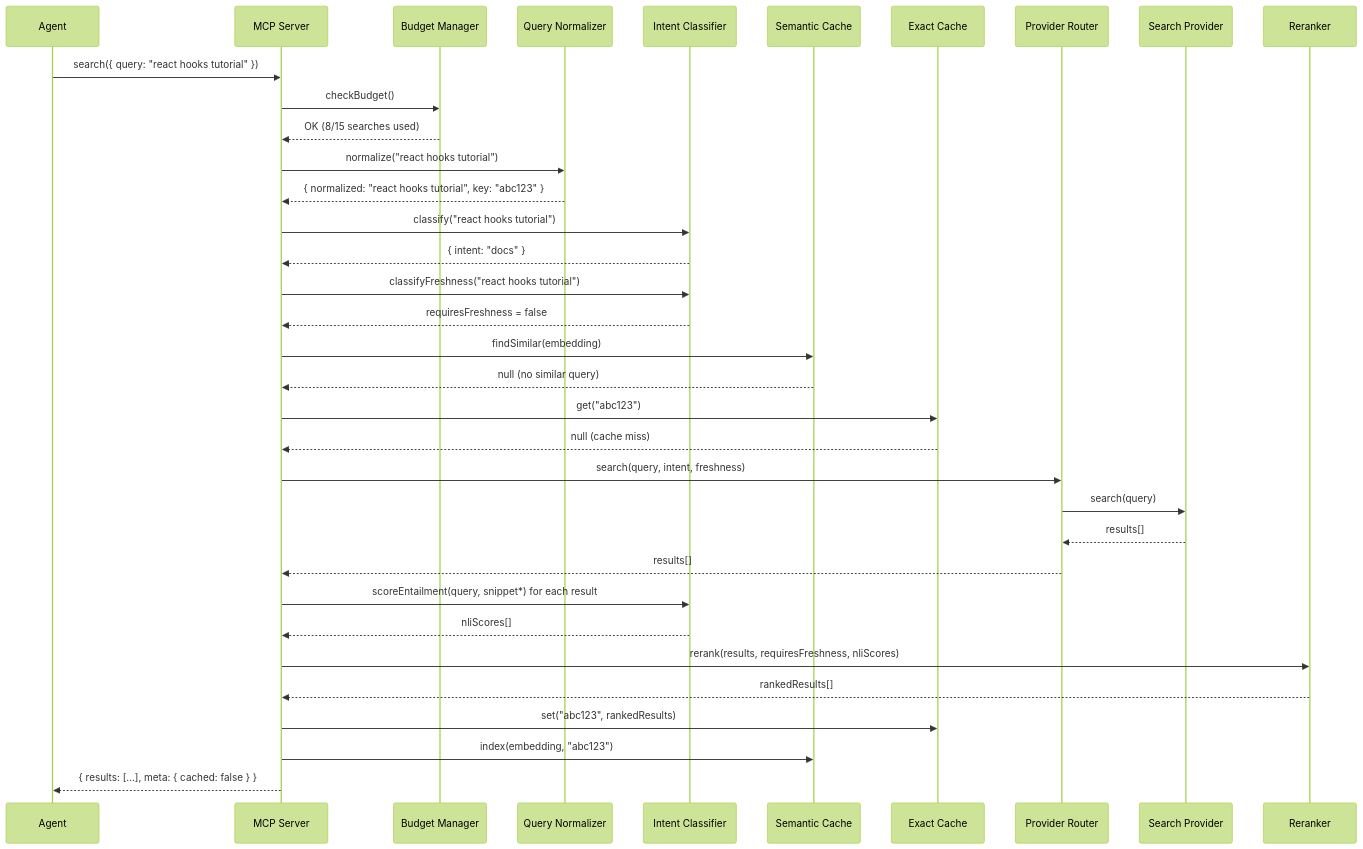
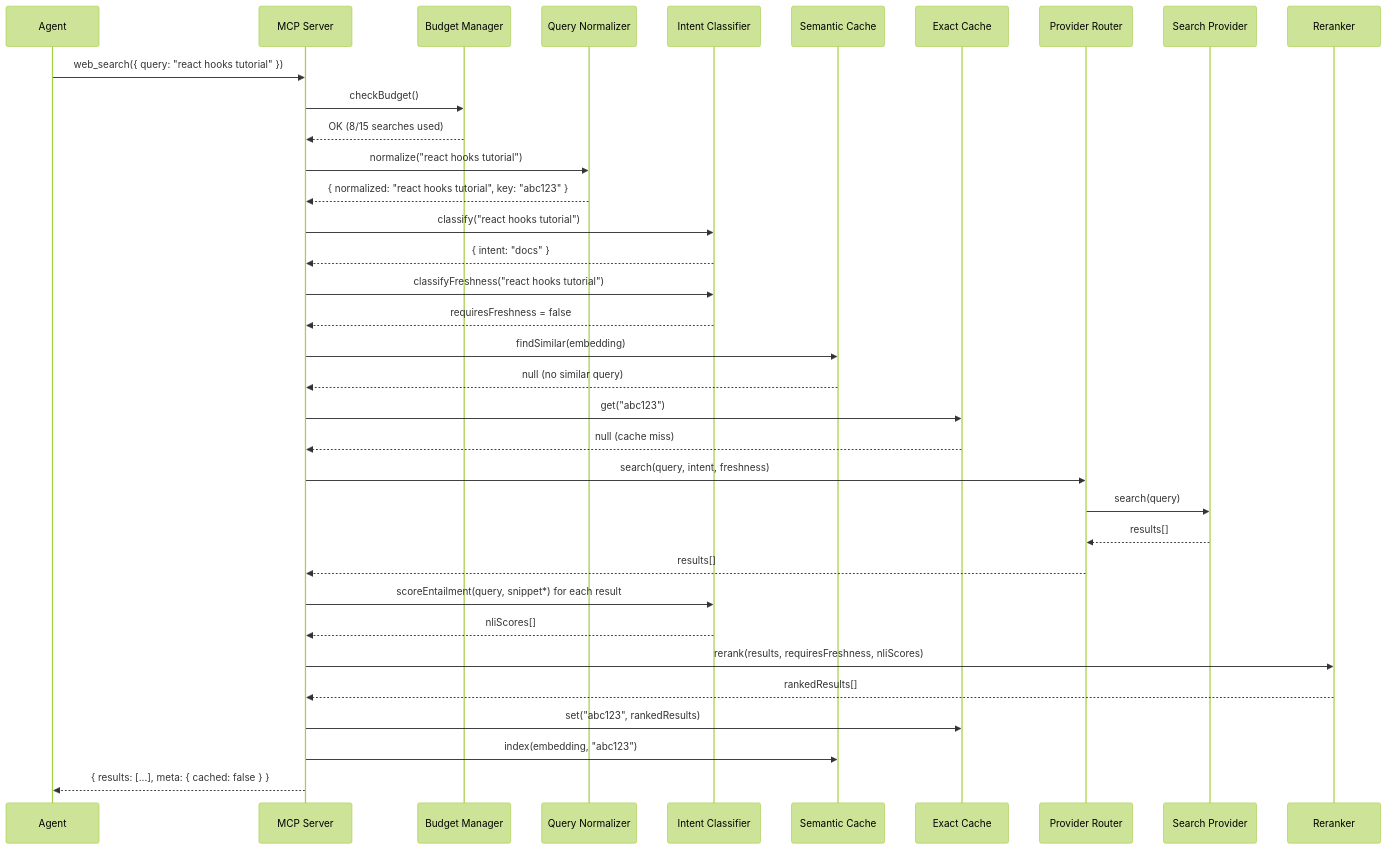
Before and after one commit to ilgizar-valiullin/mcp-web-hound: the second of 3 diagrams in docs/architecture.md, drawn with Mermaid (forest theme). The commit also changed other lines of this file and 28 other files, not shown here.

````diff
--- a/docs/architecture.md
+++ b/docs/architecture.md
@@ -150,38 +150,38 @@
 ```mermaid
 sequenceDiagram
     participant Agent
     participant MCP as MCP Server
     participant BM as Budget Manager
     participant QN as Query Normalizer
     participant IC as Intent Classifier
     participant SC as Semantic Cache
     participant EC as Exact Cache
     participant PR as Provider Router
     participant SP as Search Provider
     participant RR as Reranker
 
-    Agent->>MCP: search({ query: "react hooks tutorial" })
+    Agent->>MCP: web_search({ query: "react hooks tutorial" })
     MCP->>BM: checkBudget()
     BM-->>MCP: OK (8/15 searches used)
     MCP->>QN: normalize("react hooks tutorial")
     QN-->>MCP: { normalized: "react hooks tutorial", key: "abc123" }
     MCP->>IC: classify("react hooks tutorial")
     IC-->>MCP: { intent: "docs" }
     MCP->>IC: classifyFreshness("react hooks tutorial")
     IC-->>MCP: requiresFreshness = false
     MCP->>SC: findSimilar(embedding)
     SC-->>MCP: null (no similar query)
     MCP->>EC: get("abc123")
     EC-->>MCP: null (cache miss)
     MCP->>PR: search(query, intent, freshness)
     PR->>SP: search(query)
     SP-->>PR: results[]
     PR-->>MCP: results[]
     MCP->>IC: scoreEntailment(query, snippet*) for each result
     IC-->>MCP: nliScores[]
     MCP->>RR: rerank(results, requiresFreshness, nliScores)
     RR-->>MCP: rankedResults[]
     MCP->>EC: set("abc123", rankedResults)
     MCP->>SC: index(embedding, "abc123")
     MCP-->>Agent: { results: [...], meta: { cached: false } }
 ```
````
